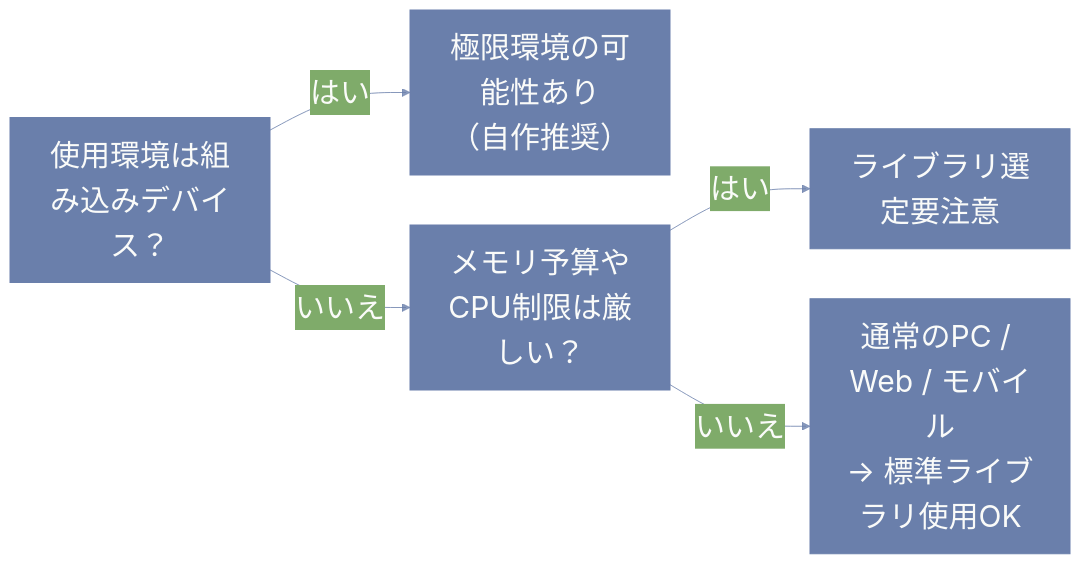
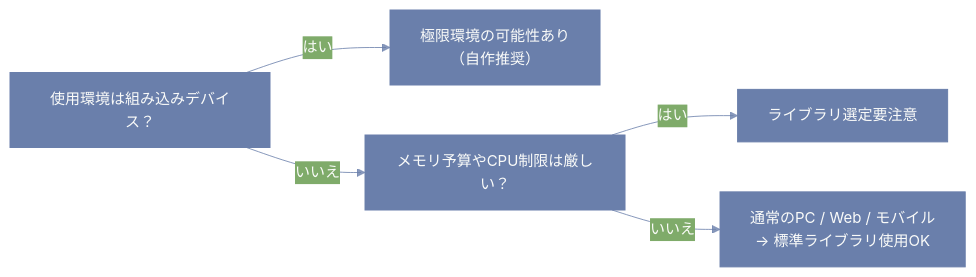
One commit to zoldof/zenn-content changed the diagram in articles/tech-algo-library.md. Above: the diagram before and after it, drawn with Mermaid. The commit also changed other lines of this file, not shown here.

````diff
--- a/articles/tech-algo-library.md
+++ b/articles/tech-algo-library.md
@@ -60,8 +60,8 @@
 ```mermaid
-%%{init:{'theme':'base','themeVariables':{'primaryColor':'#6A7FAB','primaryTextColor':'#FAFBF9','primaryBorderColor':'#6A7FAB','lineColor':'#6A7FABCC','textColor':'#6A7FABCC','fontSize':'30px'}}}%%
+%%{init:{'theme':'base','themeVariables':{'primaryColor':'#6A7FAB','primaryTextColor':'#FAFBF9','primaryBorderColor':'#6A7FAB','lineColor':'#6A7FABCC','textColor':'#6A7FABCC','fontSize':'15px'}}}%%
 flowchart LR
   A[使用環境は組み込みデバイス？] -->|はい| B[極限環境の可能性あり<br>（自作推奨）]
   A -->|いいえ| C[メモリ予算やCPU制限は厳しい？]
   C -->|はい| D[ライブラリ選定要注意]
   C -->|いいえ| E[通常のPC / Web / モバイル<br>→ 標準ライブラリ使用OK]
 ```
````
